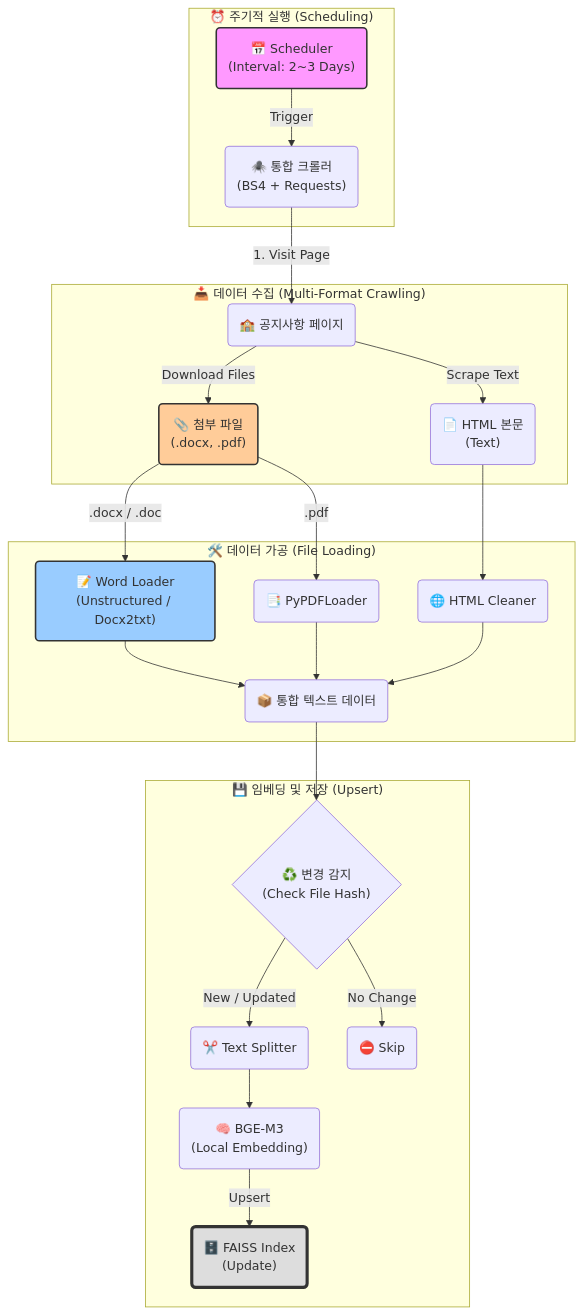
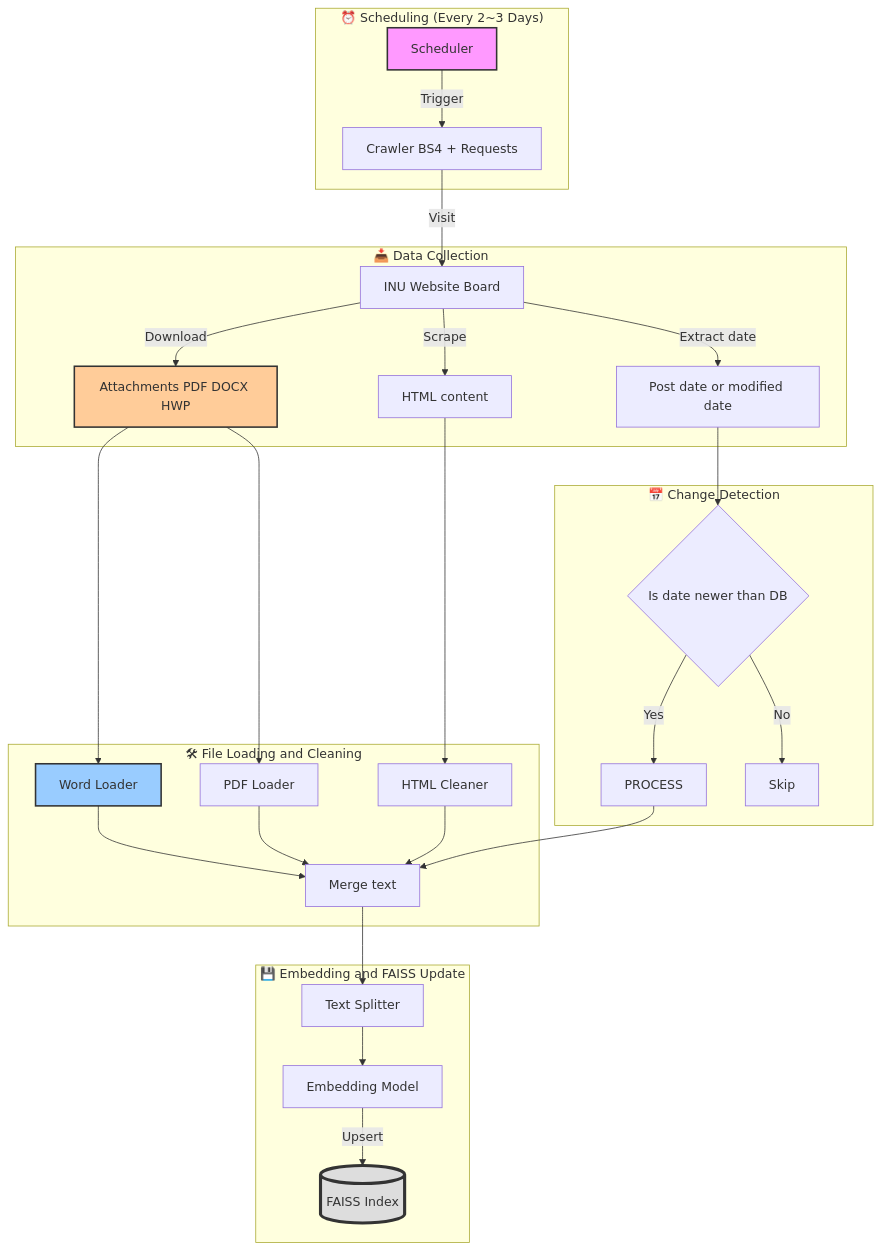
Before and after one commit to KKimHyeonJoo/INUchat: the second of 2 diagrams in README.md, drawn with Mermaid.

````diff
--- a/README.md
+++ b/README.md
@@ -92,44 +92,57 @@
 ```mermaid
 flowchart TD
+    %% =========================
     %% 1. 스케줄링 영역
-    subgraph Scheduling ["⏰ 주기적 실행 (Scheduling)"]
-        Timer("📅 Scheduler\n(Interval: 2~3 Days)") -->|Trigger| Crawler
+    %% =========================
+    subgraph Scheduling["⏰ Scheduling (Every 2~3 Days)"]
+        SCH[Scheduler] -->|Trigger| CRAWLER
     end
 
+    %% =========================
     %% 2. 수집 영역
-    subgraph Collection ["📥 데이터 수집 (Multi-Format Crawling)"]
-        Crawler("🕷️ 통합 크롤러\n(BS4 + Requests)") -->|1. Visit Page| WebPage("🏫 공지사항 페이지")
-        
-        WebPage -->|Scrape Text| HTML_Content("📄 HTML 본문\n(Text)")
-        WebPage -->|Download Files| Attachments("📎 첨부 파일\n(.docx, .pdf)")
+    %% =========================
+    subgraph Collection["📥 Data Collection"]
+        CRAWLER[Crawler BS4 + Requests] -->|Visit| PAGE[INU Website Board]
+        PAGE -->|Extract date| DATE[Post date or modified date]
+        PAGE -->|Download| FILES[Attachments PDF DOCX HWP]
+        PAGE -->|Scrape| HTML[HTML content]
     end
 
-    %% 3. 전처리 및 로딩 영역
-    subgraph Processing ["🛠️ 데이터 가공 (File Loading)"]
-        Attachments --".docx / .doc"--> WordLoader("📝 Word Loader\n(Unstructured / Docx2txt)")
-        Attachments --".pdf"--> PDFLoader("📑 PyPDFLoader")
-        HTML_Content --> HTMLLoader("🌐 HTML Cleaner")
-        
-        WordLoader --> MergedData
-        PDFLoader --> MergedData
-        HTMLLoader --> MergedData("📦 통합 텍스트 데이터")
+    %% =========================
+    %% 3. 날짜 기반 변경 감지
+    %% =========================
+    subgraph Detection["📅 Change Detection"]
+        DATE --> CMP{Is date newer than DB}
+        CMP -->|Yes| PROCESS
+        CMP -->|No| SKIP[Skip]
     end
 
-    %% 4. 중복 제거 및 저장 영역
-    subgraph Storage ["💾 임베딩 및 저장 (Upsert)"]
-        MergedData --> HashCheck{"♻️ 변경 감지\n(Check File Hash)"}
-        
-        HashCheck --"New / Updated"--> Splitter("✂️ Text Splitter")
-        HashCheck --"No Change"--> Skip("⛔ Skip")
-        
-        Splitter --> Embed("🧠 BGE-M3\n(Local Embedding)")
-        Embed -->|Upsert| FAISS("🗄️ FAISS Index\n(Update)")
+    %% =========================
+    %% 4. 전처리 영역
+    %% =========================
+    subgraph Processing["🛠 File Loading and Cleaning"]
+        FILES --> WORD[Word Loader]
+        FILES --> PDF[PDF Loader]
+        HTML --> HTMLC[HTML Cleaner]
+        WORD --> MERGE
+        PDF --> MERGE
+        HTMLC --> MERGE[Merge text]
+        PROCESS --> MERGE
     end
 
-    %% 스타일링
-    style Timer fill:#f9f,stroke:#333,stroke-width:2px
-    style Attachments fill:#ffcc99,stroke:#333,stroke-width:2px
-    style WordLoader fill:#99ccff,stroke:#333,stroke-width:2px
+    %% =========================
+    %% 5. 임베딩 및 저장
+    %% =========================
+    subgraph Storage["💾 Embedding and FAISS Update"]
+        MERGE --> SPLIT[Text Splitter]
+        SPLIT --> EMB[Embedding Model]
+        EMB -->|Upsert| FAISS[(FAISS Index)]
+    end
+
+    %% 스타일
+    style SCH fill:#f9f,stroke:#333,stroke-width:2px
+    style FILES fill:#ffcc99,stroke:#333,stroke-width:2px
+    style WORD fill:#99ccff,stroke:#333,stroke-width:2px
     style FAISS fill:#ddd,stroke:#333,stroke-width:4px
 
 ```
````
